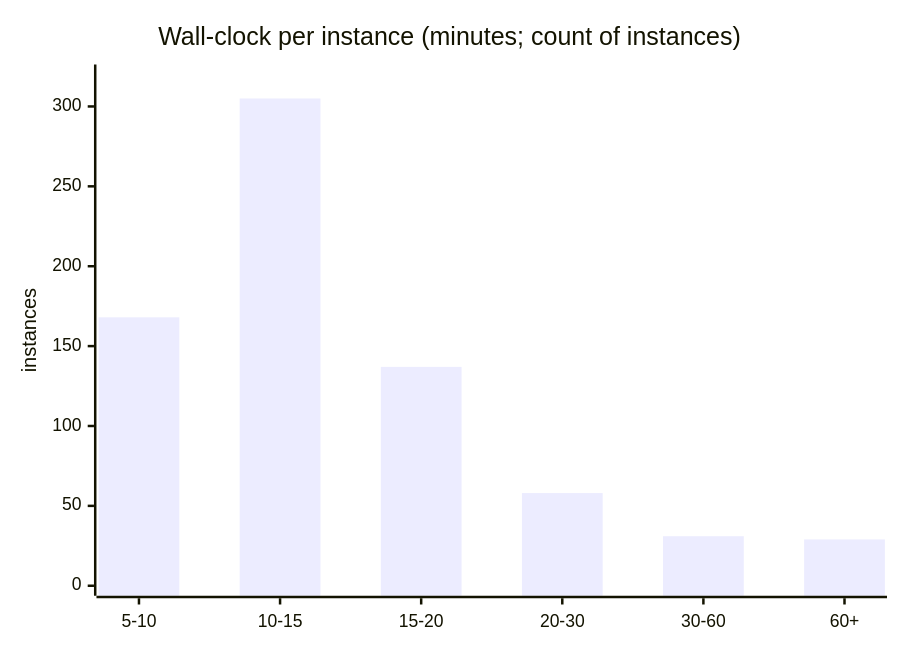
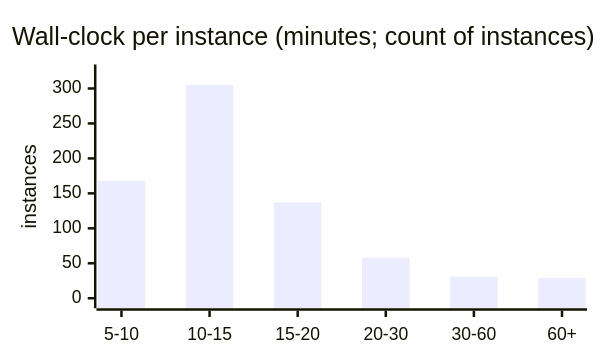
The second of 3 diagrams in README.md (kimjune01/swebench-pro), drawn with Mermaid before and after one commit. The commit also changed other lines of this file, not shown here.

First line of the commit message:
Restructure README: result table first, cost section, verdict flowchart with retry/fail branches

````diff
--- a/README.md
+++ b/README.md
@@ -85,7 +70,13 @@
 ```mermaid
+---
+config:
+  xyChart:
+    width: 460
+    height: 270
+---
 xychart-beta
     title "Wall-clock per instance (minutes; count of instances)"
     x-axis ["5-10", "10-15", "15-20", "20-30", "30-60", "60+"]
     y-axis "instances" 0 --> 320
     bar [168, 305, 137, 58, 31, 29]
 ```
````
